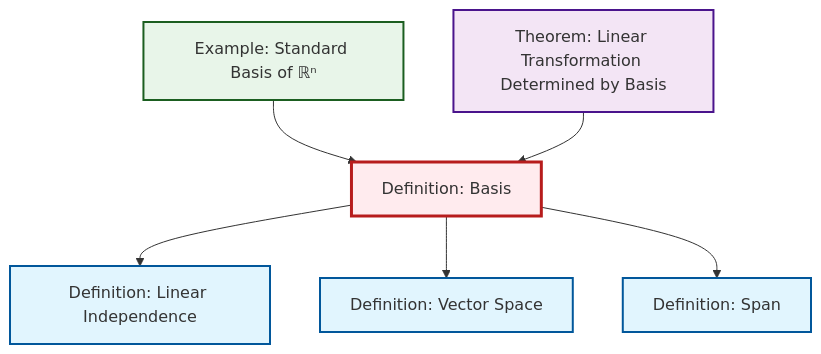
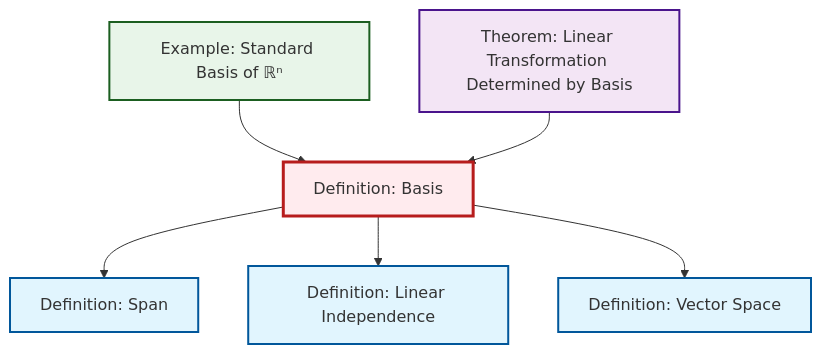
Before and after one commit to RK0429/ModernMath: the diagram in content/en/algebra/def-basis.qmd, drawn with Mermaid. The commit also changed other lines of this file and 672 other files, not shown here.

````diff
--- a/content/en/algebra/def-basis.qmd
+++ b/content/en/algebra/def-basis.qmd
@@ -48,26 +48,26 @@
 ```{mermaid}
 %%| fig-cap: "Local dependency graph"
 graph TD
     classDef definition fill:#e1f5fe,stroke:#01579b,stroke-width:2px
     classDef theorem fill:#f3e5f5,stroke:#4a148c,stroke-width:2px
     classDef axiom fill:#fff3e0,stroke:#e65100,stroke-width:2px
     classDef example fill:#e8f5e9,stroke:#1b5e20,stroke-width:2px
     classDef current fill:#ffebee,stroke:#b71c1c,stroke-width:3px
+    def-span["Definition: Span"]:::definition
+    def-linear-independence["Definition: Linear Independence"]:::definition
+    ex-standard-basis-rn["Example: Standard Basis of ℝⁿ"]:::example
+    def-vector-space["Definition: Vector Space"]:::definition
+    def-basis["Definition: Basis"]:::definition
     thm-linear-transformation-basis["Theorem: Linear Transformation Determined by Basis"]:::theorem
-    def-vector-space["Definition: Vector Space"]:::definition
-    def-linear-independence["Definition: Linear Independence"]:::definition
-    def-span["Definition: Span"]:::definition
-    def-basis["Definition: Basis"]:::definition
-    ex-standard-basis-rn["Example: Standard Basis of ℝⁿ"]:::example
+    def-basis --> def-span
     def-basis --> def-linear-independence
     ex-standard-basis-rn --> def-basis
     def-basis --> def-vector-space
     thm-linear-transformation-basis --> def-basis
-    def-basis --> def-span
     class def-basis current
+    click def-span "def-span.html" "Go to Span definition"
+    click def-linear-independence "def-linear-independence.html" "Go to Linear Independence definition"
+    click ex-standard-basis-rn "ex-standard-basis-rn.html" "Go to Standard Basis of ℝⁿ example"
+    click def-vector-space "def-vector-space.html" "Go to Vector Space definition"
     click thm-linear-transformation-basis "thm-linear-transformation-basis.html" "Go to Linear Transformation Determined by Basis theorem"
-    click def-vector-space "def-vector-space.html" "Go to Vector Space definition"
-    click def-linear-independence "def-linear-independence.html" "Go to Linear Independence definition"
-    click def-span "def-span.html" "Go to Span definition"
-    click ex-standard-basis-rn "ex-standard-basis-rn.html" "Go to Standard Basis of ℝⁿ example"
 ```
````
